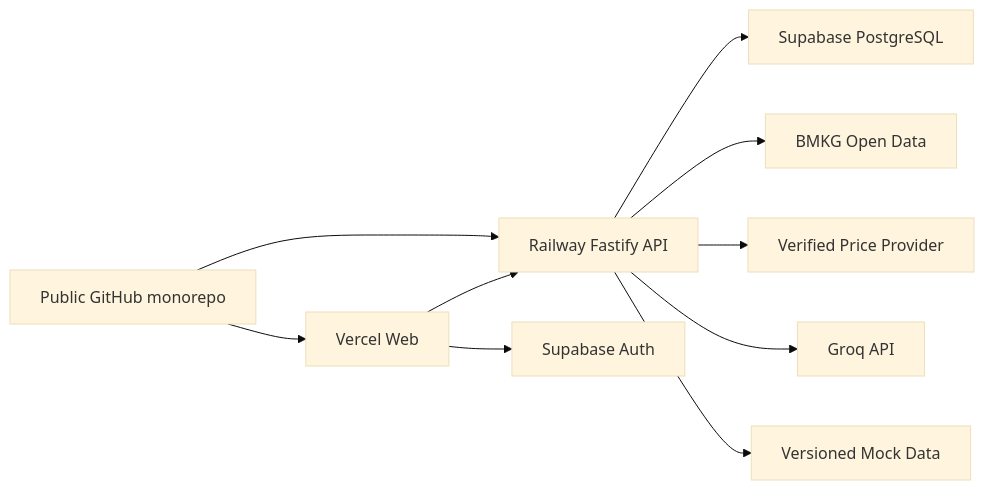
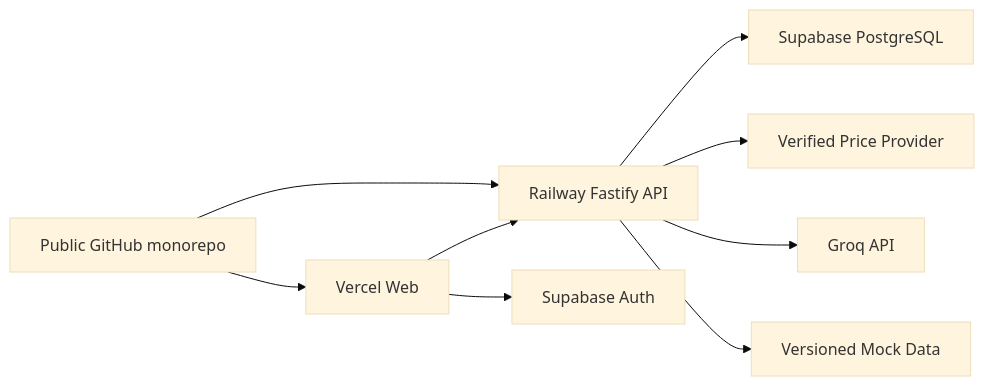
The ninth of 9 diagrams in docs/ARCHITECTURE_DIAGRAMS.md (Nevanoz/SeasonWise), drawn with Mermaid (base theme) before and after one commit. The commit also changed other lines of this file and 63 other files, not shown here.

````diff
--- a/docs/ARCHITECTURE_DIAGRAMS.md
+++ b/docs/ARCHITECTURE_DIAGRAMS.md
@@ -165,12 +164,11 @@
 ```mermaid
 flowchart LR
   GH["Public GitHub monorepo"] --> VE["Vercel Web"]
   GH --> RW["Railway Fastify API"]
   VE --> RW
   VE --> SA["Supabase Auth"]
   RW --> DB["Supabase PostgreSQL"]
-  RW --> BM["BMKG Open Data"]
   RW --> MP["Verified Price Provider"]
   RW --> GR["Groq API"]
   RW --> MO["Versioned Mock Data"]
 ```
````
